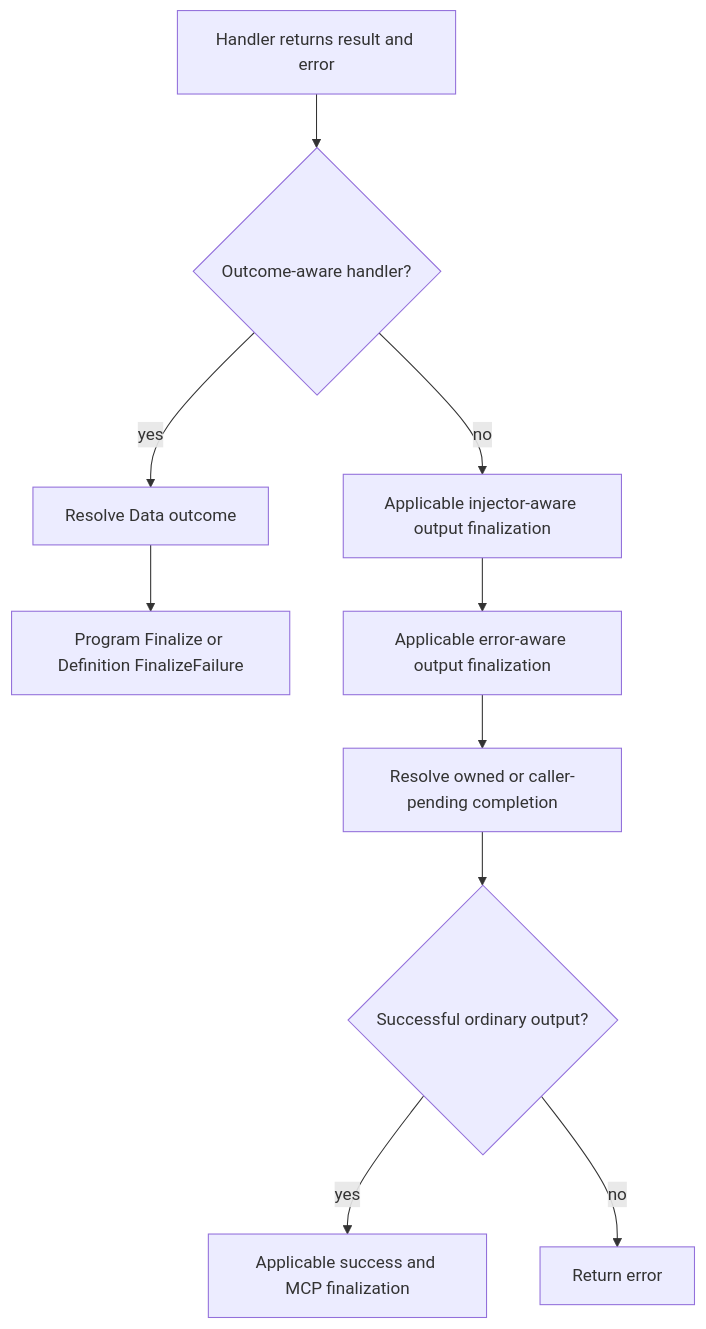
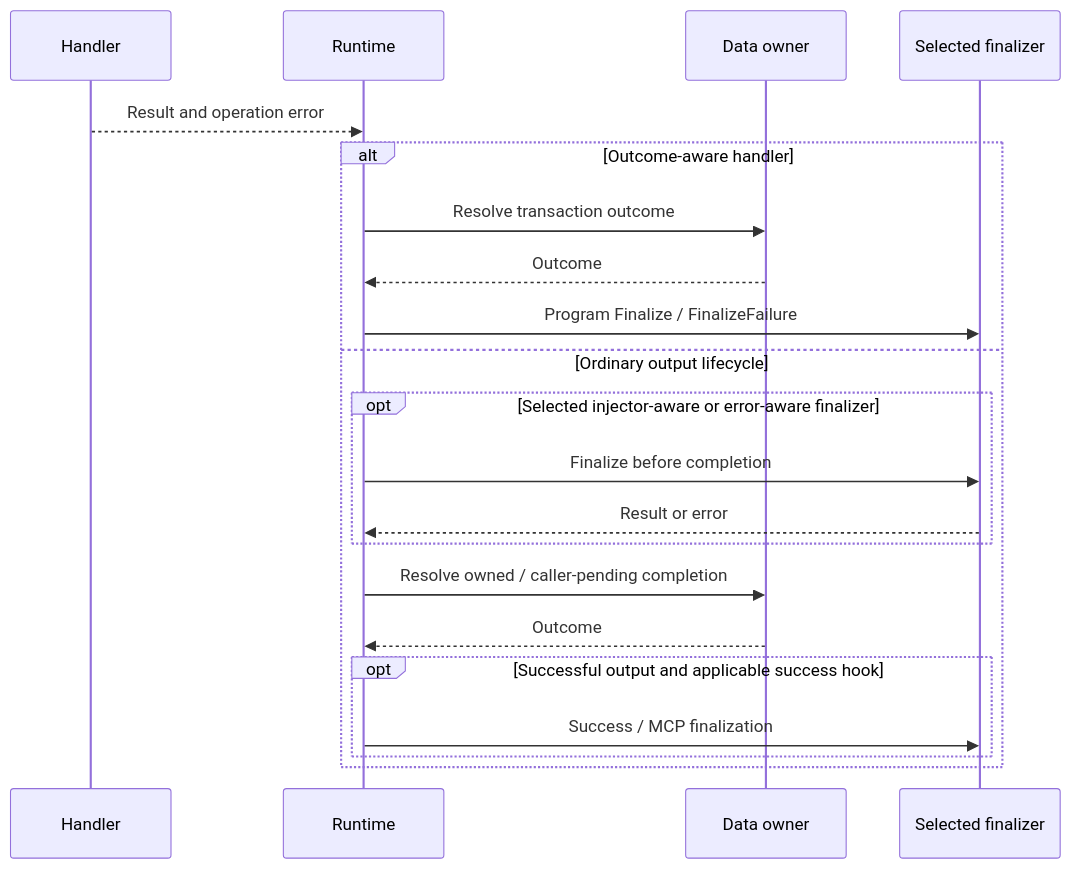
Before and after one commit to viant/datly: the fourth of 4 diagrams in doc/mutations.md, drawn with Mermaid. The commit also changed other lines of this file and 3 other files, not shown here.

Commit message:
Explain architecture and lifecycles with Mermaid sequence diagrams

````diff
--- a/doc/mutations.md
+++ b/doc/mutations.md
@@ -485,12 +488,23 @@
 ```mermaid
-flowchart TD
-    A[Handler returns result and error] --> B{Outcome-aware handler?}
-    B -->|yes| C[Resolve Data outcome]
-    C --> D[Program Finalize or Definition FinalizeFailure]
-    B -->|no| E[Applicable injector-aware output finalization]
-    E --> F[Applicable error-aware output finalization]
-    F --> G[Resolve owned or caller-pending completion]
-    G --> H{Successful ordinary output?}
-    H -->|yes| I[Applicable success and MCP finalization]
-    H -->|no| J[Return error]
+sequenceDiagram
+    participant Handler
+    participant Runtime
+    participant Data as Data owner
+    participant Finalizer as Selected finalizer
+    Handler-->>Runtime: Result and operation error
+    alt Outcome-aware handler
+        Runtime->>Data: Resolve transaction outcome
+        Data-->>Runtime: Outcome
+        Runtime->>Finalizer: Program Finalize / FinalizeFailure
+    else Ordinary output lifecycle
+        opt Selected injector-aware or error-aware finalizer
+            Runtime->>Finalizer: Finalize before completion
+            Finalizer-->>Runtime: Result or error
+        end
+        Runtime->>Data: Resolve owned / caller-pending completion
+        Data-->>Runtime: Outcome
+        opt Successful output and applicable success hook
+            Runtime->>Finalizer: Success / MCP finalization
+        end
+    end
 ```
````
